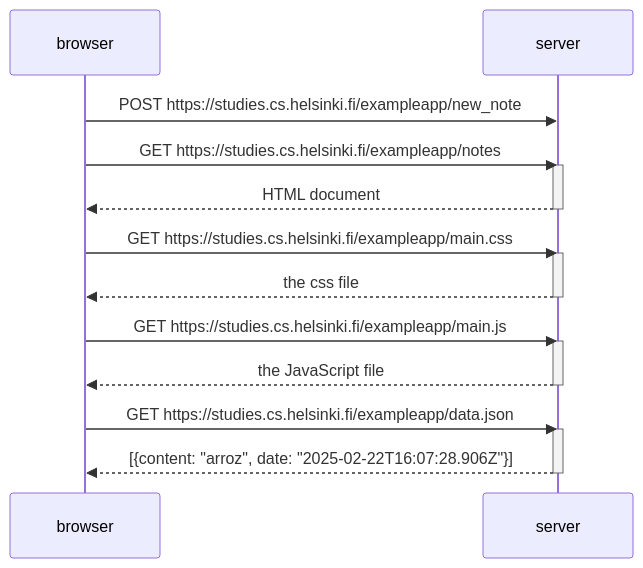
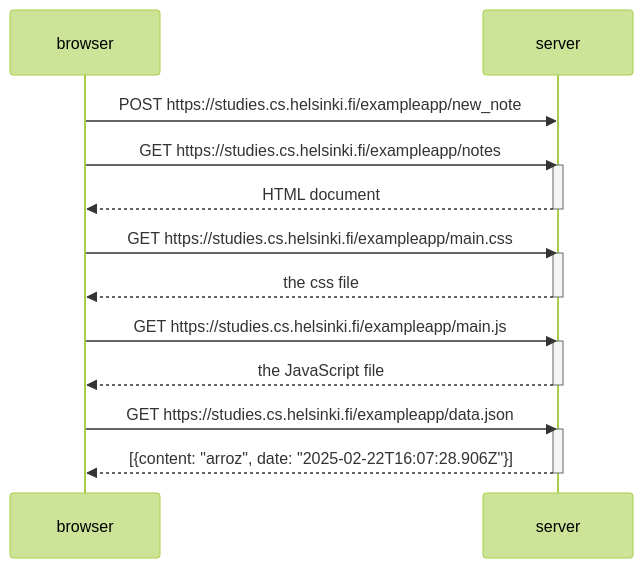
One commit to ancafu123/fullstackopen changed the diagram in 0.4.mermaid. Above: the diagram before and after it, drawn with Mermaid.

```diff
--- a/0.4.mermaid
+++ b/0.4.mermaid
@@ -1,24 +1,28 @@
+---
+config:
+  theme: forest
+---
 sequenceDiagram
     participant browser
     participant server
 
     browser->>server: POST https://studies.cs.helsinki.fi/exampleapp/new_note
     browser->>server: GET https://studies.cs.helsinki.fi/exampleapp/notes
     activate server
     server-->>browser: HTML document
     deactivate server
 
     browser->>server: GET https://studies.cs.helsinki.fi/exampleapp/main.css
     activate server
     server-->>browser: the css file
     deactivate server
 
     browser->>server: GET https://studies.cs.helsinki.fi/exampleapp/main.js
     activate server
     server-->>browser: the JavaScript file
     deactivate server
 
     browser->>server: GET https://studies.cs.helsinki.fi/exampleapp/data.json
     activate server
     server-->>browser: [{content: "arroz", date: "2025-02-22T16:07:28.906Z"}]
     deactivate server
```
